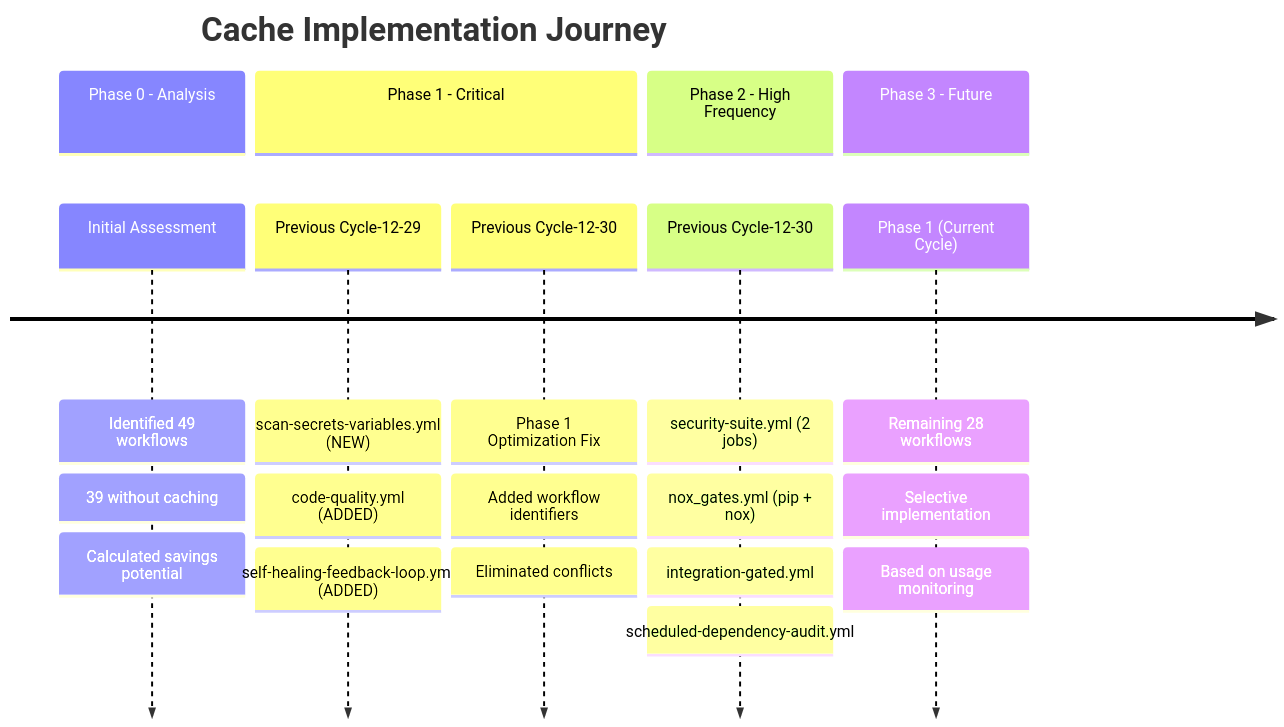
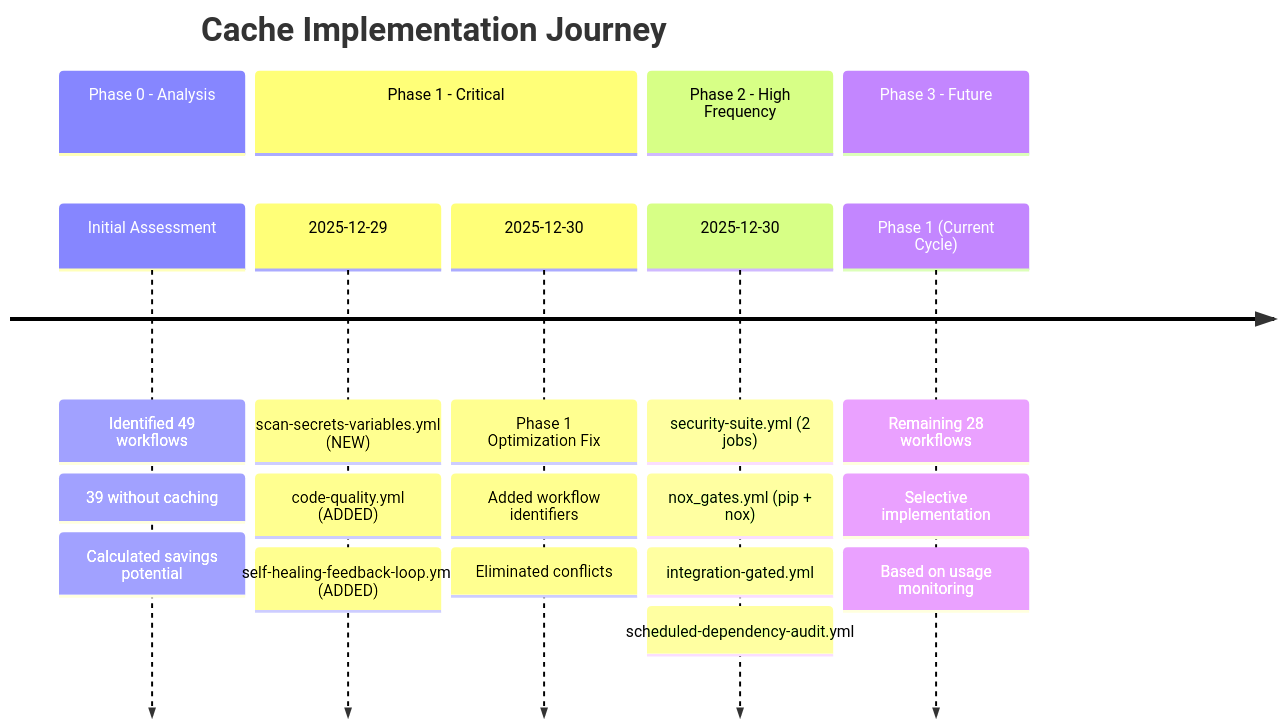
One commit to Aries-Serpent/_codex_ changed diagram 11 of 11 in .github/workflows/CACHE_ARCHITECTURE_DIAGRAMS.md. Above: the diagram before and after it, drawn with Mermaid. The commit also changed other lines of this file and 1122 other files, not shown here.

````diff
--- a/.github/workflows/CACHE_ARCHITECTURE_DIAGRAMS.md
+++ b/.github/workflows/CACHE_ARCHITECTURE_DIAGRAMS.md
@@ -504,28 +504,28 @@
 ```mermaid
 timeline
     title Cache Implementation Journey
     section Phase 0 - Analysis
         Initial Assessment : Identified 49 workflows
                           : 39 without caching
                           : Calculated savings potential
     
     section Phase 1 - Critical
-        Previous Cycle-12-29 : scan-secrets-variables.yml (NEW)
+        2025-12-29 : scan-secrets-variables.yml (NEW)
                    : code-quality.yml (ADDED)
                    : self-healing-feedback-loop.yml (ADDED)
         
-        Previous Cycle-12-30 : Phase 1 Optimization Fix
+        2025-12-30 : Phase 1 Optimization Fix
                    : Added workflow identifiers
                    : Eliminated conflicts
     
     section Phase 2 - High Frequency
-        Previous Cycle-12-30 : security-suite.yml (2 jobs)
+        2025-12-30 : security-suite.yml (2 jobs)
                    : nox_gates.yml (pip + nox)
                    : integration-gated.yml
                    : scheduled-dependency-audit.yml
     
     section Phase 3 - Future
         Phase 1 (Current Cycle) : Remaining 28 workflows
                 : Selective implementation
                 : Based on usage monitoring
 ```
````
